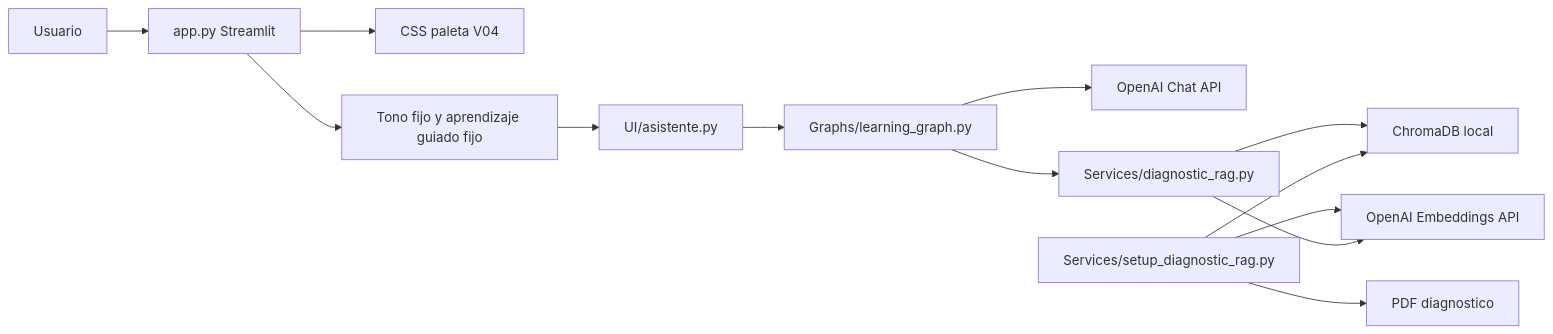
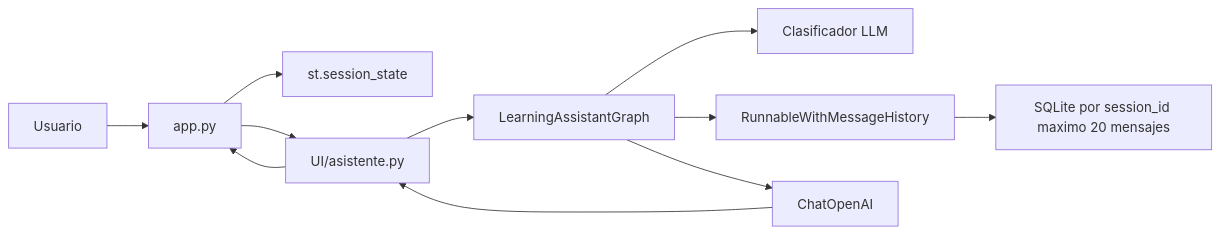
Before and after one commit to jose6668/IA-Lanchaing: the first of 2 diagrams in Documentacion/ARQUITECTURA_PROYECTO.md, drawn with Mermaid. The commit also changed other lines of this file and 11 other files, not shown here.

Commit message:
feat(HU-06): add persistent session memory with cleanup

````diff
--- a/Documentacion/ARQUITECTURA_PROYECTO.md
+++ b/Documentacion/ARQUITECTURA_PROYECTO.md
@@ -110,15 +60,13 @@
 ```mermaid
 flowchart LR
-    U[Usuario] --> APP[app.py Streamlit]
-    APP --> THEME[CSS paleta V04]
-    APP --> PED[Tono fijo y aprendizaje guiado fijo]
-    PED --> UI[UI/asistente.py]
-    UI --> GRAPH[Graphs/learning_graph.py]
-    GRAPH --> OAI[OpenAI Chat API]
-    GRAPH --> RAG[Services/diagnostic_rag.py]
-    RAG --> CH[ChromaDB local]
-    SETUP[Services/setup_diagnostic_rag.py] --> PDF[PDF diagnostico]
-    SETUP --> EMB[OpenAI Embeddings API]
-    SETUP --> CH
-    RAG --> EMB
+    USER[Usuario] --> APP[app.py]
+    APP --> STATE[st.session_state]
+    APP --> UI[UI/asistente.py]
+    UI --> GRAPH[LearningAssistantGraph]
+    GRAPH --> CLASSIFIER[Clasificador LLM]
+    GRAPH --> MEMORY[RunnableWithMessageHistory]
+    MEMORY --> STORE[SQLite por session_id maximo 20 mensajes]
+    GRAPH --> OPENAI[ChatOpenAI]
+    OPENAI --> UI
+    UI --> APP
 ```
````
